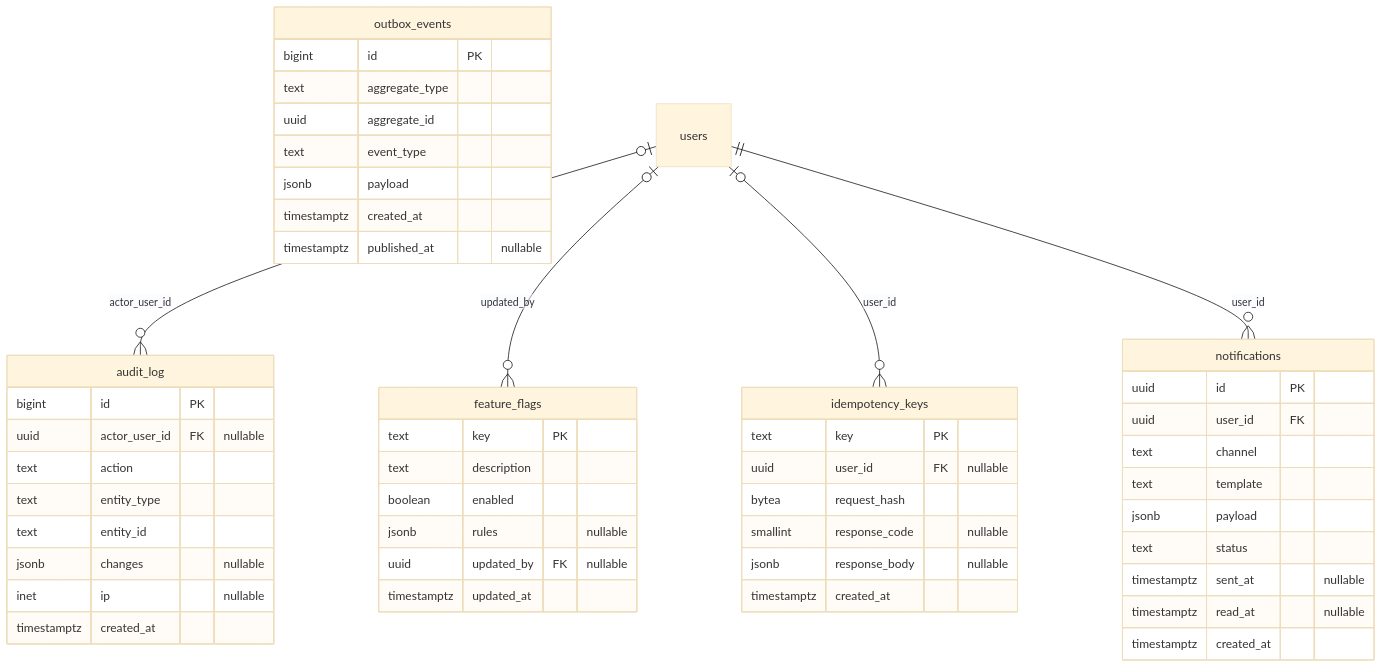
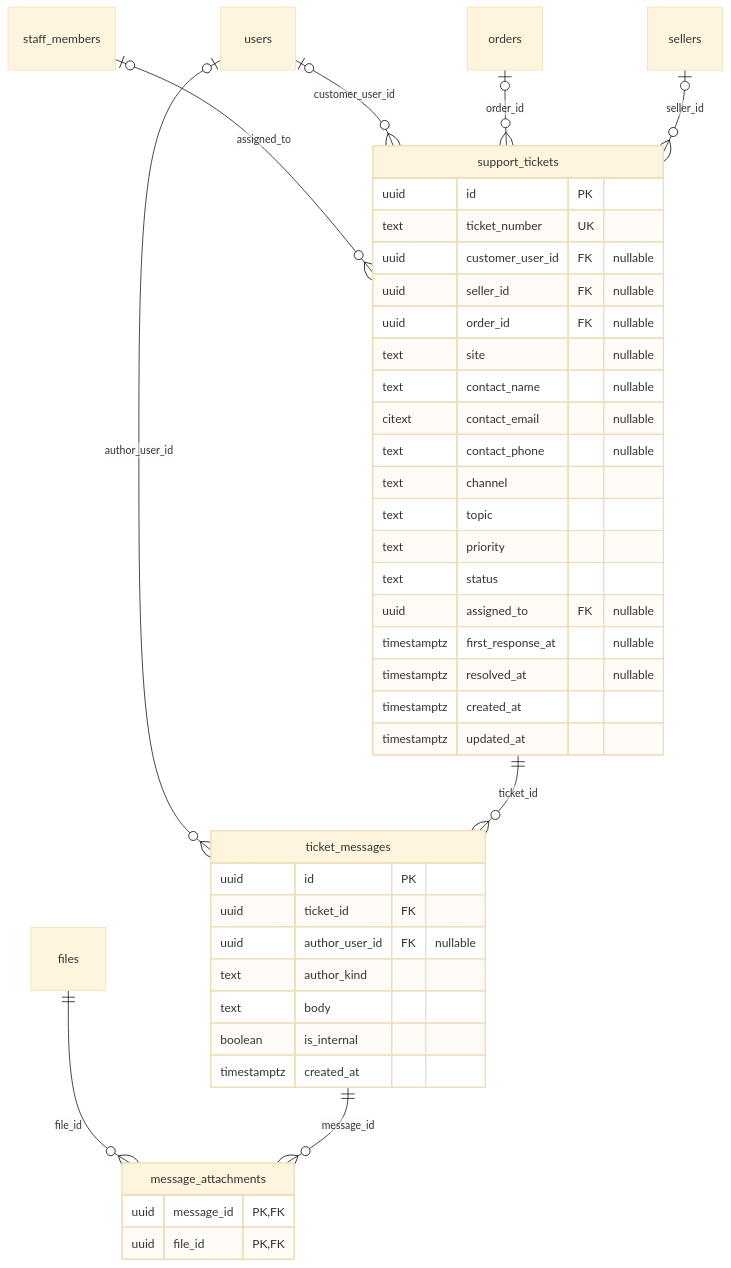
Before and after one commit to dprince-03/TechShop: diagram 18 of 23 in docs/database/erd.md, drawn with Mermaid (base theme). The commit also changed other lines of this file and 275 other files, not shown here.

````diff
--- a/docs/database/erd.md
+++ b/docs/database/erd.md
@@ -1407,53 +2321,44 @@
 ```mermaid
 erDiagram
-  audit_log {
-    bigint id PK
-    uuid actor_user_id FK "nullable"
-    text action
-    text entity_type
-    text entity_id
-    jsonb changes "nullable"
-    inet ip "nullable"
+  message_attachments {
+    uuid message_id PK, FK
+    uuid file_id PK, FK
+  }
+  support_tickets {
+    uuid id PK
+    text ticket_number UK
+    uuid customer_user_id FK "nullable"
+    uuid seller_id FK "nullable"
+    uuid order_id FK "nullable"
+    text site "nullable"
+    text contact_name "nullable"
+    citext contact_email "nullable"
+    text contact_phone "nullable"
+    text channel
+    text topic
+    text priority
+    text status
+    uuid assigned_to FK "nullable"
+    timestamptz first_response_at "nullable"
+    timestamptz resolved_at "nullable"
+    timestamptz created_at
+    timestamptz updated_at
+  }
+  ticket_messages {
+    uuid id PK
+    uuid ticket_id FK
+    uuid author_user_id FK "nullable"
+    text author_kind
+    text body
+    boolean is_internal
     timestamptz created_at
   }
-  feature_flags {
-    text key PK
-    text description
-    boolean enabled
-    jsonb rules "nullable"
-    uuid updated_by FK "nullable"
-    timestamptz updated_at
-  }
-  idempotency_keys {
-    text key PK
-    uuid user_id FK "nullable"
-    bytea request_hash
-    smallint response_code "nullable"
-    jsonb response_body "nullable"
-    timestamptz created_at
-  }
-  notifications {
-    uuid id PK
-    uuid user_id FK
-    text channel
-    text template
-    jsonb payload
-    text status
-    timestamptz sent_at "nullable"
-    timestamptz read_at "nullable"
-    timestamptz created_at
-  }
-  outbox_events {
-    bigint id PK
-    text aggregate_type
-    uuid aggregate_id
-    text event_type
-    jsonb payload
-    timestamptz created_at
-    timestamptz published_at "nullable"
-  }
-  users |o--o{ audit_log : "actor_user_id"
-  users |o--o{ feature_flags : "updated_by"
-  users |o--o{ idempotency_keys : "user_id"
-  users ||--o{ notifications : "user_id"
+  files ||--o{ message_attachments : "file_id"
+  ticket_messages ||--o{ message_attachments : "message_id"
+  staff_members |o--o{ support_tickets : "assigned_to"
+  users |o--o{ support_tickets : "customer_user_id"
+  orders |o--o{ support_tickets : "order_id"
+  sellers |o--o{ support_tickets : "seller_id"
+  users |o--o{ ticket_messages : "author_user_id"
+  support_tickets ||--o{ ticket_messages : "ticket_id"
 ```
````
